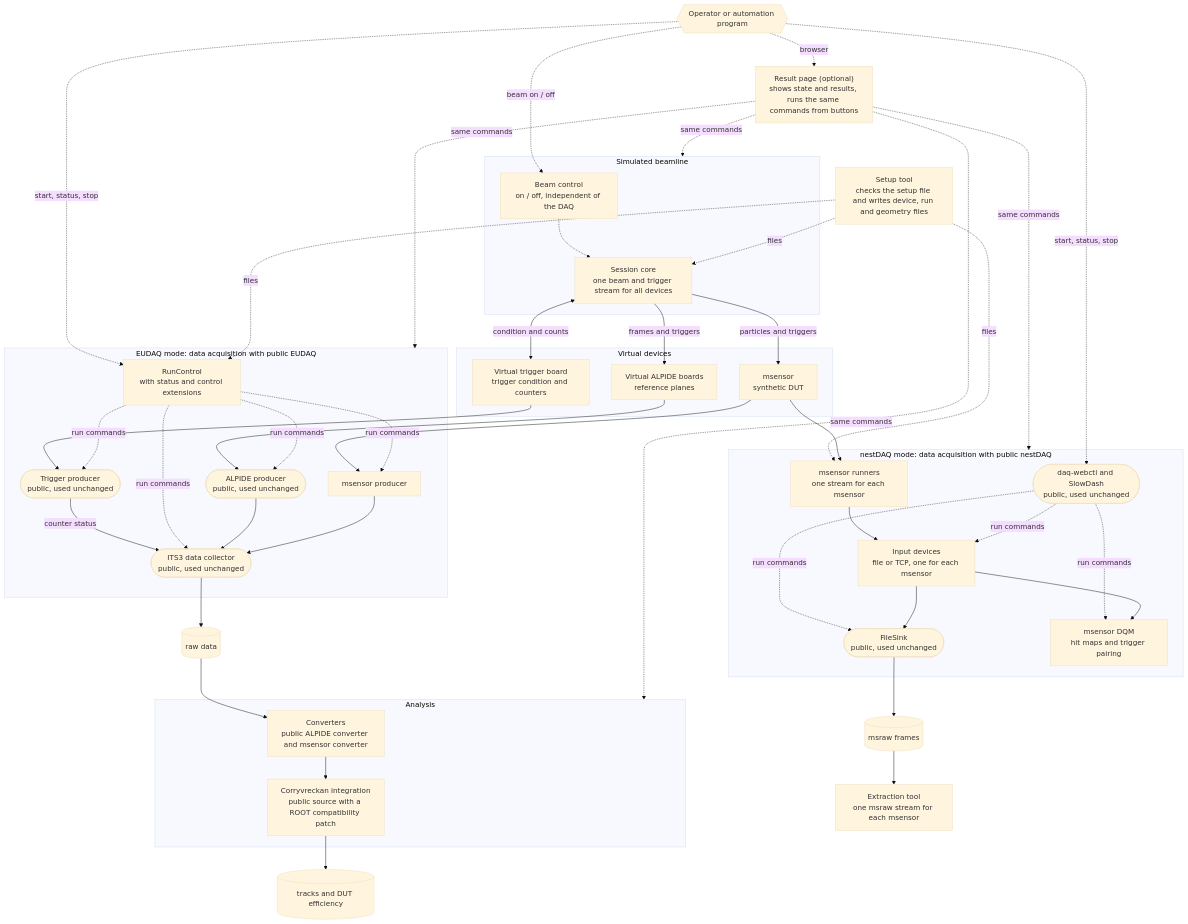
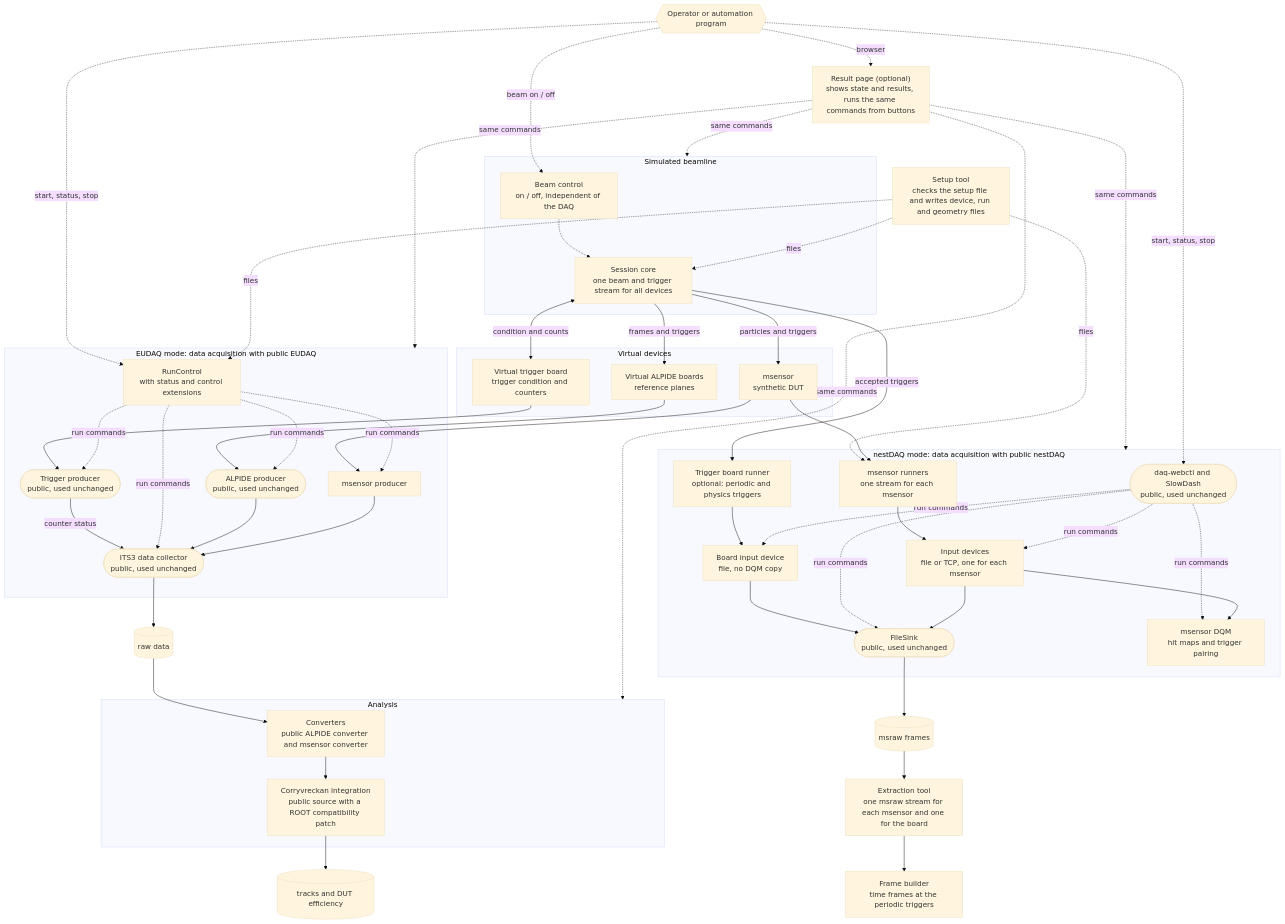
The diagram in README.md (BongHwi/test-beam-sandbox), drawn with Mermaid (base theme) before and after one commit. The commit also changed other lines of this file and 2 other files, not shown here.

First line of the commit message:
Describe the trigger board and the frame builder in the READMEs (#3)

````diff
--- a/README.md
+++ b/README.md
@@ -267,6 +273,8 @@
 
     subgraph NDQ["nestDAQ mode: data acquisition with public nestDAQ"]
         ru["msensor runners<br/>one stream for each msensor"]
+        br["Trigger board runner<br/>optional: periodic and physics triggers"]
+        bsrc["Board input device<br/>file, no DQM copy"]
         src["Input devices<br/>file or TCP, one for each msensor"]
         fs(["FileSink<br/>public, used unchanged"])
         dqm["msensor DQM<br/>hit maps and trigger pairing"]
@@ -274,7 +282,8 @@
     end
 
     frames[("msraw frames")]
-    ext["Extraction tool<br/>one msraw stream for each msensor"]
+    ext["Extraction tool<br/>one msraw stream for each msensor and one for the board"]
+    fb["Frame builder<br/>time frames at the periodic triggers"]
 
     op -. "beam on / off" .-> bc
     op -. "start, status, stop" .-> rc
@@ -305,6 +314,10 @@
     corry --> res
     ms --> ru
     ru --> src
+    core -- "accepted triggers" --> br
+    br --> bsrc
+    bsrc --> fs
+    wc -. "run commands" .-> bsrc
     wc -. "run commands" .-> src
     wc -. "run commands" .-> fs
     wc -. "run commands" .-> dqm
@@ -312,4 +325,5 @@
     src --> dqm
     fs --> frames
     frames --> ext
+    ext --> fb
 ```
````
